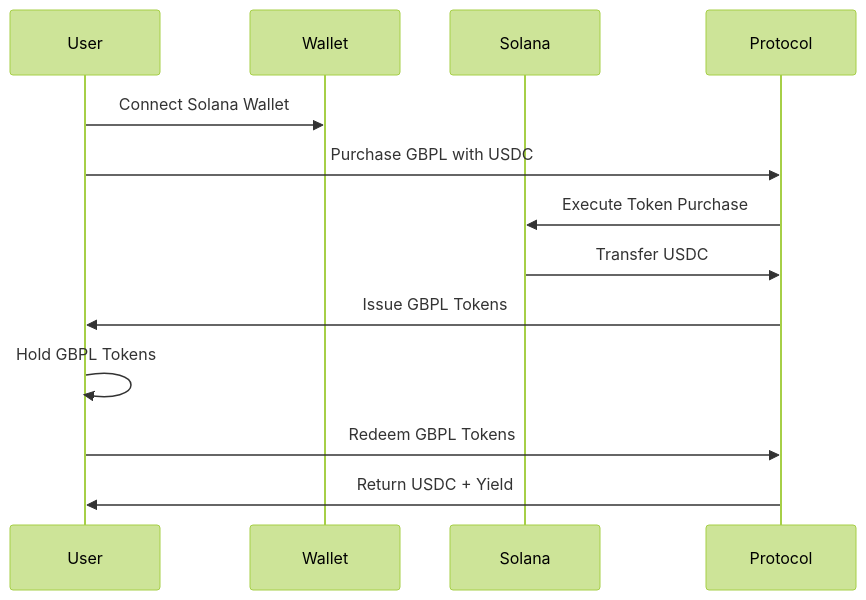
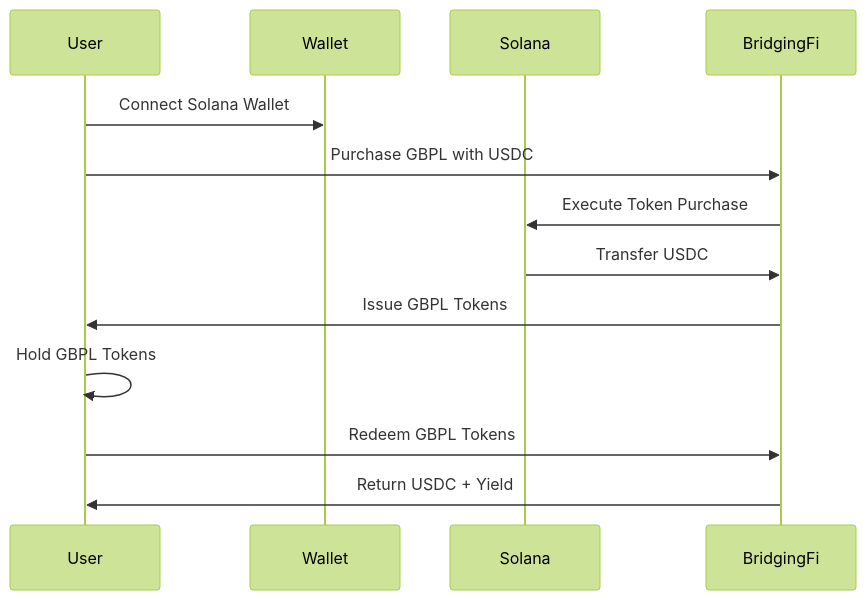
The second of 3 diagrams in README.md (BridgingFi/solpunk), drawn with Mermaid (forest theme) before and after one commit. The commit also changed other lines of this file and 8 other files, not shown here.

````diff
--- a/README.md
+++ b/README.md
@@ -94,16 +94,16 @@
 ```mermaid
 sequenceDiagram
     participant U as User
     participant W as Wallet
     participant S as Solana
-    participant P as Protocol
+    participant P as BridgingFi
 
     U->>W: Connect Solana Wallet
     U->>P: Purchase GBPL with USDC
     P->>S: Execute Token Purchase
     S->>P: Transfer USDC
     P->>U: Issue GBPL Tokens
     U->>U: Hold GBPL Tokens
     U->>P: Redeem GBPL Tokens
     P->>U: Return USDC + Yield
 ```
````
